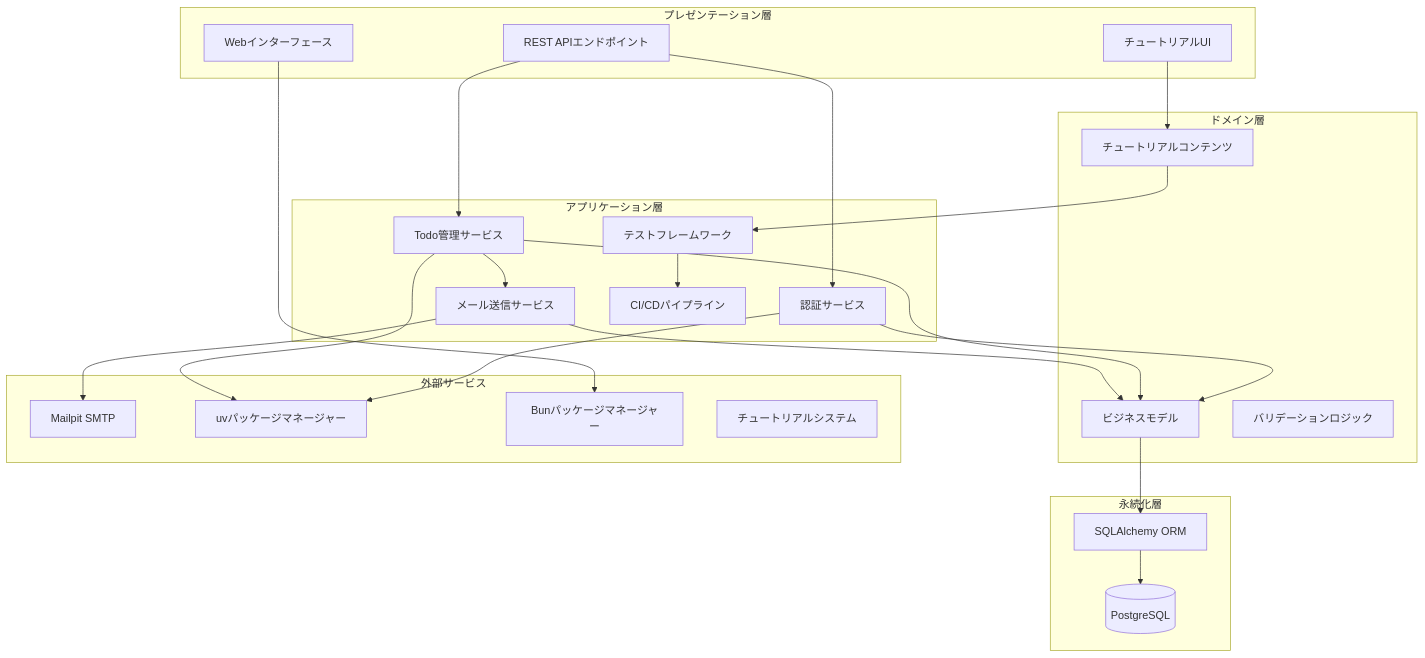
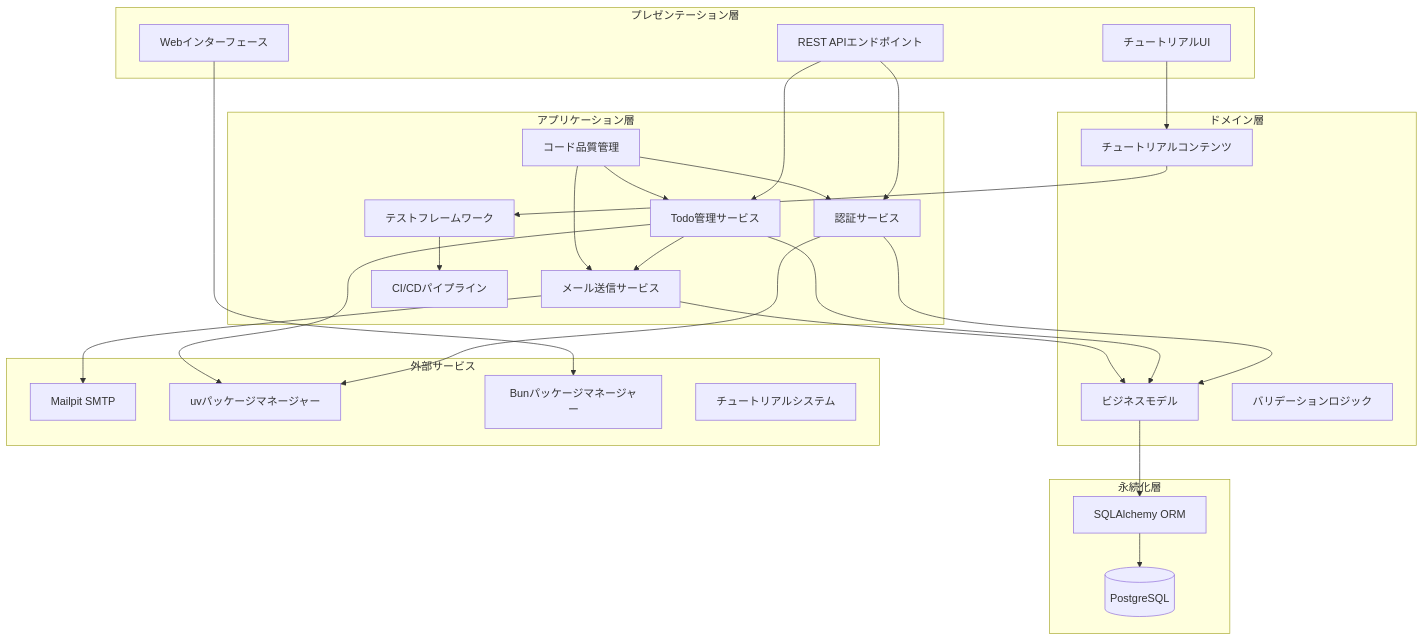
The second of 7 diagrams in .qoder/repowiki/ja/content/開発ワークフロー/開発ワークフロー.md (ss8806/Todos), drawn with Mermaid before and after one commit. The commit also changed other lines of this file and 9 other files, not shown here.

````diff
--- a/.qoder/repowiki/ja/content/開発ワークフロー/開発ワークフロー.md
+++ b/.qoder/repowiki/ja/content/開発ワークフロー/開発ワークフロー.md
@@ -175,45 +187,49 @@
 ```mermaid
 graph TB
 subgraph "プレゼンテーション層"
 API[REST APIエンドポイント]
 WEB[Webインターフェース]
 TUTORIAL[チュートリアルUI]
 end
 subgraph "アプリケーション層"
 AUTH[認証サービス]
 TODO[Todo管理サービス]
 MAIL[メール送信サービス]
 TEST[テストフレームワーク]
 CICD[CI/CDパイプライン]
+RUFF[コード品質管理]
 end
 subgraph "ドメイン層"
 MODEL[ビジネスモデル]
 VALID[バリデーションロジック]
 TUTORIALCONTENT[チュートリアルコンテンツ]
 end
 subgraph "永続化層"
 ORM[SQLAlchemy ORM]
 DB[(PostgreSQL)]
 end
 subgraph "外部サービス"
 MP[Mailpit SMTP]
 UV[uvパッケージマネージャー]
 BUN[Bunパッケージマネージャー]
 TUTORIALSYSTEM[チュートリアルシステム]
 end
 API --> AUTH
 API --> TODO
 TODO --> MAIL
 AUTH --> MODEL
 TODO --> MODEL
 MAIL --> MODEL
 MODEL --> ORM
 ORM --> DB
 AUTH --> UV
 TODO --> UV
 WEB --> BUN
 MAIL --> MP
 TUTORIAL --> TUTORIALCONTENT
 TUTORIALCONTENT --> TEST
 TEST --> CICD
+RUFF --> AUTH
+RUFF --> TODO
+RUFF --> MAIL
 ```
````
